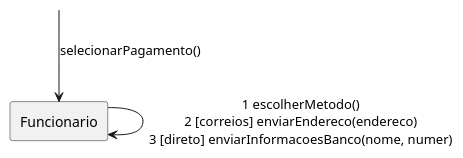
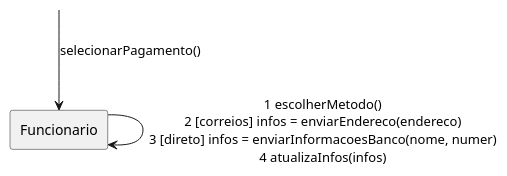
One commit to tikaradate/CI1163-Design_de_Software changed the diagram in casos_de_uso/caso-9/9-DCom.plantuml. Above: the diagram before and after it, drawn with PlantUML.

Commit message:
att UCom 9

```diff
--- a/casos_de_uso/caso-9/9-DCom.plantuml
+++ b/casos_de_uso/caso-9/9-DCom.plantuml
@@ -1,17 +1,17 @@
 @startuml
 'rectangle "Gerente" as gerente
 'rectangle "FolhaDePagamento" as folha
 'rectangle "Pagamento" as pagamento
 rectangle "Funcionario" as funcionario
 'rectangle "Empresa" as empresa
 'rectangle "ListaDeFuncionarios" as lista
 'rectangle "Venda" as venda
 'rectangle "Ponto" as ponto
 'rectangle "BaseDeDadosProjetos" as base
 'rectangle "Projeto" as projeto
 label " " as ini
 
 ini     -down-> funcionario     : selecionarPagamento()
-funcionario -> funcionario      : 1 escolherMetodo()\n2 [correios] enviarEndereco(endereco)\n3 [direto] enviarInformacoesBanco(nome, numer) 
+funcionario -> funcionario      : 1 escolherMetodo()\n2 [correios] infos = enviarEndereco(endereco)\n3 [direto] infos = enviarInformacoesBanco(nome, numer)\n4 atualizaInfos(infos)
 
 @enduml
```
